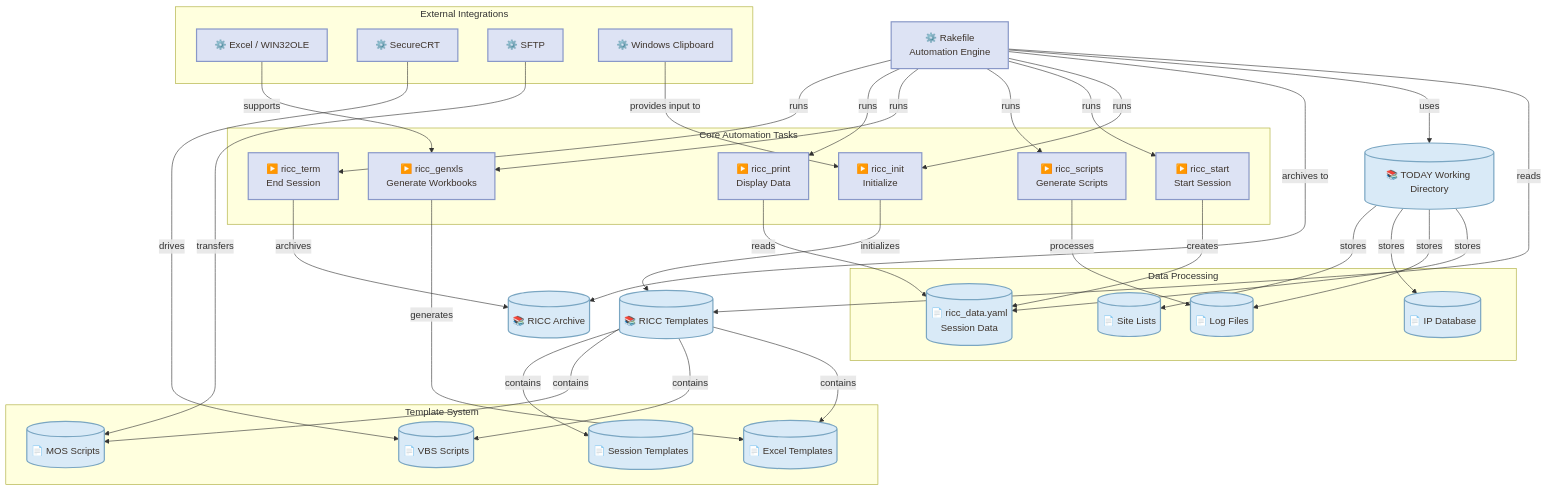
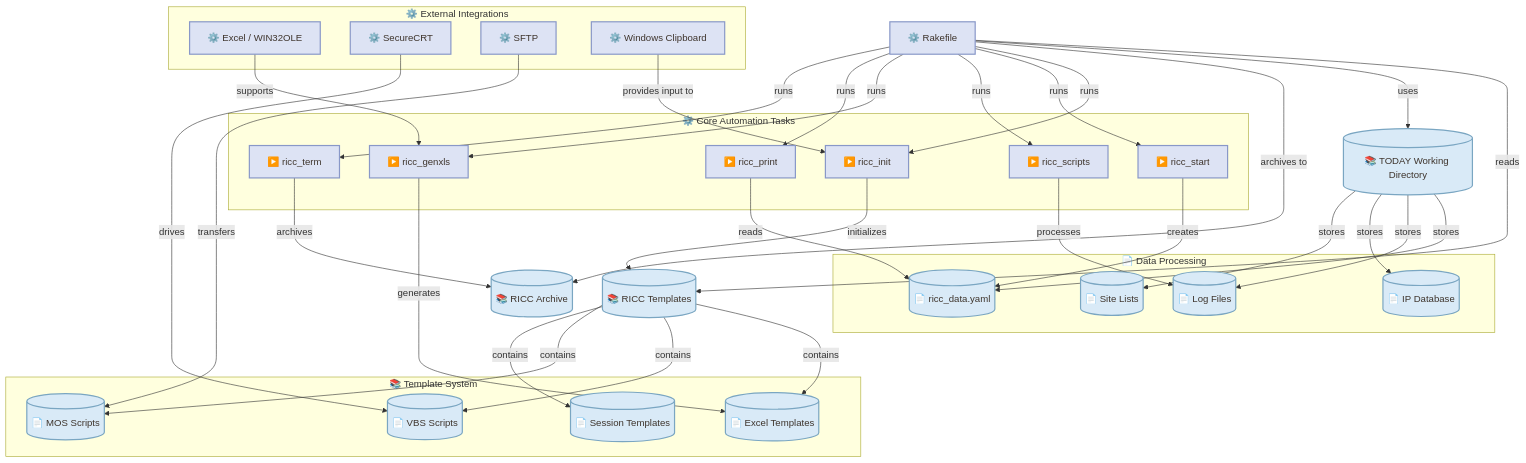
The first of 4 diagrams in README.md (enogrob/project-automation-mop), drawn with Mermaid before and after one commit. The commit also changed other lines of this file, not shown here.

````diff
--- a/README.md
+++ b/README.md
@@ -38,68 +38,68 @@
 ```mermaid
 flowchart TD
-    A[⚙️ Rakefile<br/>Automation Engine]:::orchestration -->|reads| B[(📚 RICC Templates)]:::context
+    A[⚙️ Rakefile]:::orchestration -->|reads| B[(📚 RICC Templates)]:::context
     A -->|uses| C[(📚 TODAY Working Directory)]:::context
     A -->|archives to| D[(📚 RICC Archive)]:::context
 
-    subgraph Core_Tasks[Core Automation Tasks]
-        E[▶️ ricc_init<br/>Initialize]:::orchestration
-        F[▶️ ricc_start<br/>Start Session]:::orchestration
-        G[▶️ ricc_scripts<br/>Generate Scripts]:::orchestration
-        H[▶️ ricc_genxls<br/>Generate Workbooks]:::orchestration
-        I[▶️ ricc_print<br/>Display Data]:::orchestration
-        J[▶️ ricc_term<br/>End Session]:::orchestration
+    subgraph Core_Tasks[⚙️ Core Automation Tasks]
+        E[▶️ ricc_init]:::orchestration
+        F[▶️ ricc_start]:::orchestration
+        G[▶️ ricc_scripts]:::orchestration
+        H[▶️ ricc_genxls]:::orchestration
+        I[▶️ ricc_print]:::orchestration
+        J[▶️ ricc_term]:::orchestration
     end
 
-    subgraph Data_Processing[Data Processing]
-        K[(📄 ricc_data.yaml<br/>Session Data)]:::context
+    subgraph Data_Processing[📄 Data Processing]
+        K[(📄 ricc_data.yaml)]:::context
         L[(📄 Log Files)]:::context
         M[(📄 IP Database)]:::context
         N[(📄 Site Lists)]:::context
     end
 
-    subgraph External_Integrations[External Integrations]
+    subgraph External_Integrations[⚙️ External Integrations]
         O[⚙️ Excel / WIN32OLE]:::orchestration
         P[⚙️ SecureCRT]:::orchestration
         Q[⚙️ SFTP]:::orchestration
         R[⚙️ Windows Clipboard]:::orchestration
     end
 
-    subgraph Template_System[Template System]
+    subgraph Template_System[📚 Template System]
         S[(📄 Excel Templates)]:::context
         T[(📄 VBS Scripts)]:::context
         U[(📄 MOS Scripts)]:::context
         V[(📄 Session Templates)]:::context
     end
 
     A -->|runs| E
     A -->|runs| F
     A -->|runs| G
     A -->|runs| H
     A -->|runs| I
     A -->|runs| J
 
     E -->|initializes| B
     F -->|creates| K
     G -->|processes| L
     H -->|generates| S
     I -->|reads| K
     J -->|archives| D
 
     O -->|supports| H
     P -->|drives| T
     Q -->|transfers| U
     R -->|provides input to| E
 
     B -->|contains| S
     B -->|contains| T
     B -->|contains| U
     B -->|contains| V
 
     C -->|stores| K
     C -->|stores| L
     C -->|stores| M
     C -->|stores| N
 
     classDef context fill:#D9EAF7,stroke:#7AA6C2,color:#3E342C,stroke-width:2px;
     classDef orchestration fill:#DDE3F4,stroke:#8998C8,color:#3E342C,stroke-width:2px;
 ```
````
